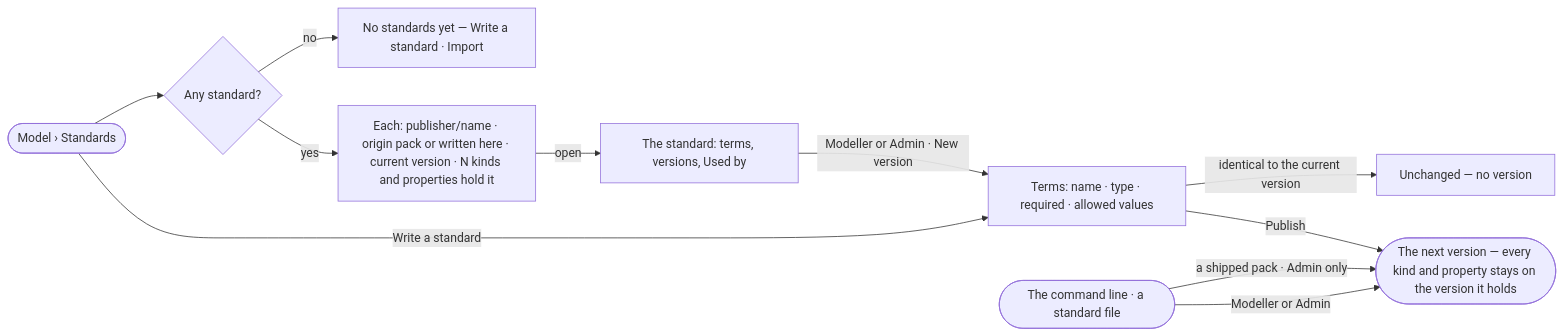
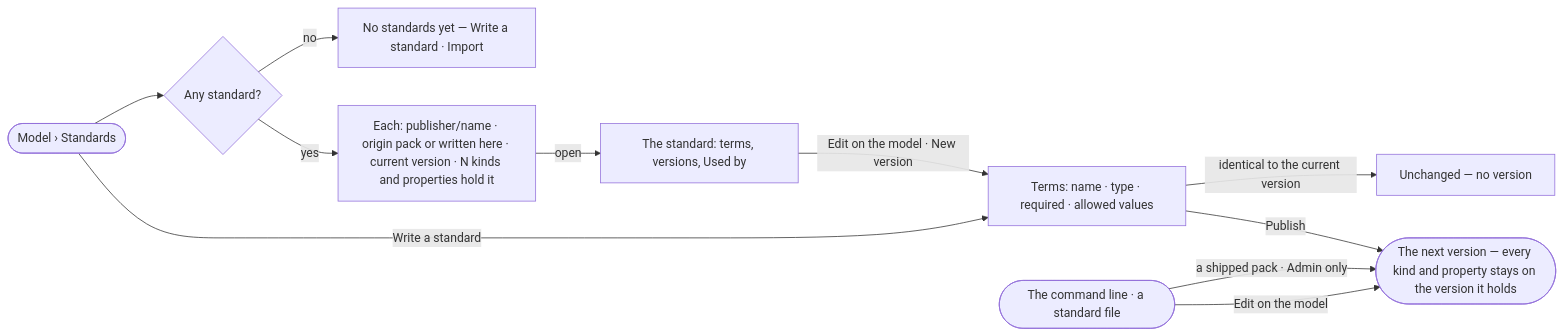
The diagram in specs/capabilities/semantics/features/SE-F05-standards/stories/SE-17-keep-a-library-of-standards/story.md (invana/invana), drawn with Mermaid before and after one commit. The commit also changed other lines of this file and 228 other files, not shown here.

````diff
--- a/specs/capabilities/semantics/features/SE-F05-standards/stories/SE-17-keep-a-library-of-standards/story.md
+++ b/specs/capabilities/semantics/features/SE-F05-standards/stories/SE-17-keep-a-library-of-standards/story.md
@@ -28,13 +28,13 @@
 ```mermaid
 flowchart LR
   a([Model › Standards]) --> l{Any standard?}
   l -->|no| e["No standards yet — Write a standard · Import"]
   l -->|yes| r["Each: publisher/name · origin pack or written here · current version · N kinds and properties hold it"]
   r -->|open| s["The standard: terms, versions, Used by"]
   a -->|Write a standard| w["Terms: name · type · required · allowed values"]
-  s -->|Modeller or Admin · New version| w
+  s -->|Edit on the model · New version| w
   w -->|identical to the current version| u["Unchanged — no version"]
   w -->|Publish| ok(["The next version — every kind and property stays on the version it holds"])
   cli([The command line · a standard file]) -->|a shipped pack · Admin only| ok
-  cli -->|Modeller or Admin| ok
+  cli -->|Edit on the model| ok
 ```
````
